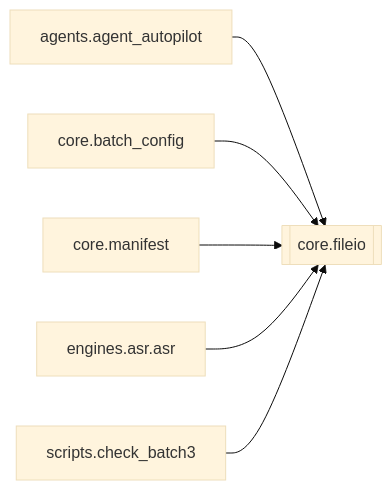
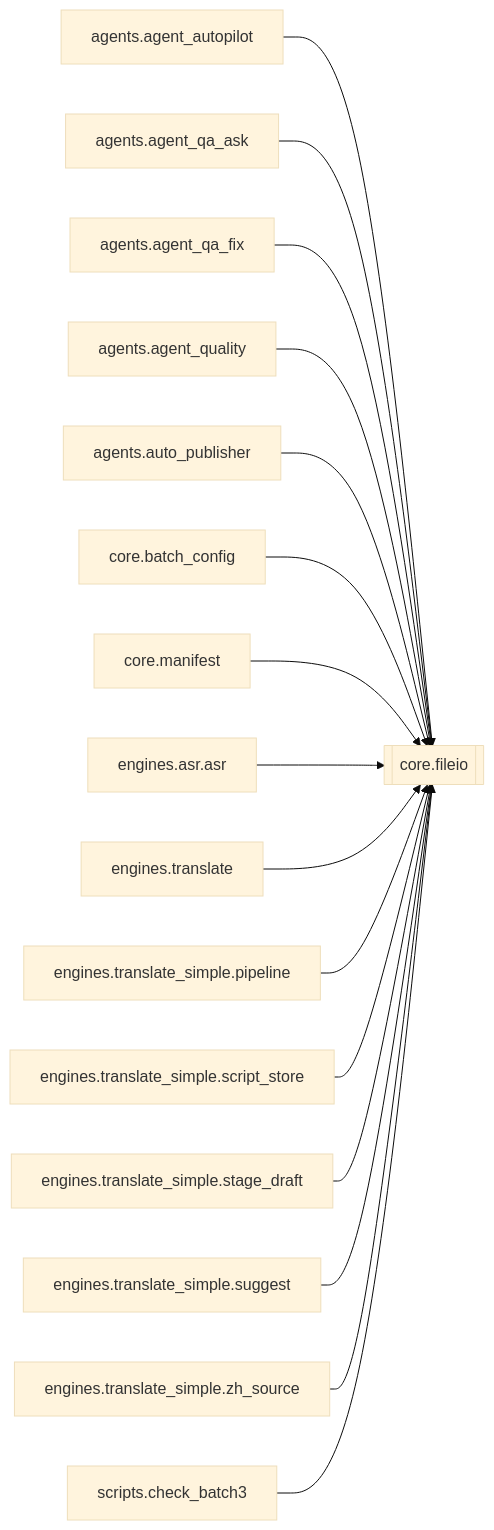
The diagram in docs/brain/modules/core.fileio.md (kjza178/PinelineV5), drawn with Mermaid (base theme) before and after one commit. The commit also changed other lines of this file and 227 other files, not shown here.

````diff
--- a/docs/brain/modules/core.fileio.md
+++ b/docs/brain/modules/core.fileio.md
@@ -17,9 +17,19 @@
 ```mermaid
 flowchart LR
   core_fileio[[core.fileio]]
   agents_agent_autopilot[agents.agent_autopilot] --> core_fileio
+  agents_agent_qa_ask[agents.agent_qa_ask] --> core_fileio
+  agents_agent_qa_fix[agents.agent_qa_fix] --> core_fileio
+  agents_agent_quality[agents.agent_quality] --> core_fileio
+  agents_auto_publisher[agents.auto_publisher] --> core_fileio
   core_batch_config[core.batch_config] --> core_fileio
   core_manifest[core.manifest] --> core_fileio
   engines_asr_asr[engines.asr.asr] --> core_fileio
+  engines_translate[engines.translate] --> core_fileio
+  engines_translate_simple_pipeline[engines.translate_simple.pipeline] --> core_fileio
+  engines_translate_simple_script_store[engines.translate_simple.script_store] --> core_fileio
+  engines_translate_simple_stage_draft[engines.translate_simple.stage_draft] --> core_fileio
+  engines_translate_simple_suggest[engines.translate_simple.suggest] --> core_fileio
+  engines_translate_simple_zh_source[engines.translate_simple.zh_source] --> core_fileio
   scripts_check_batch3[scripts.check_batch3] --> core_fileio
 ```
````
